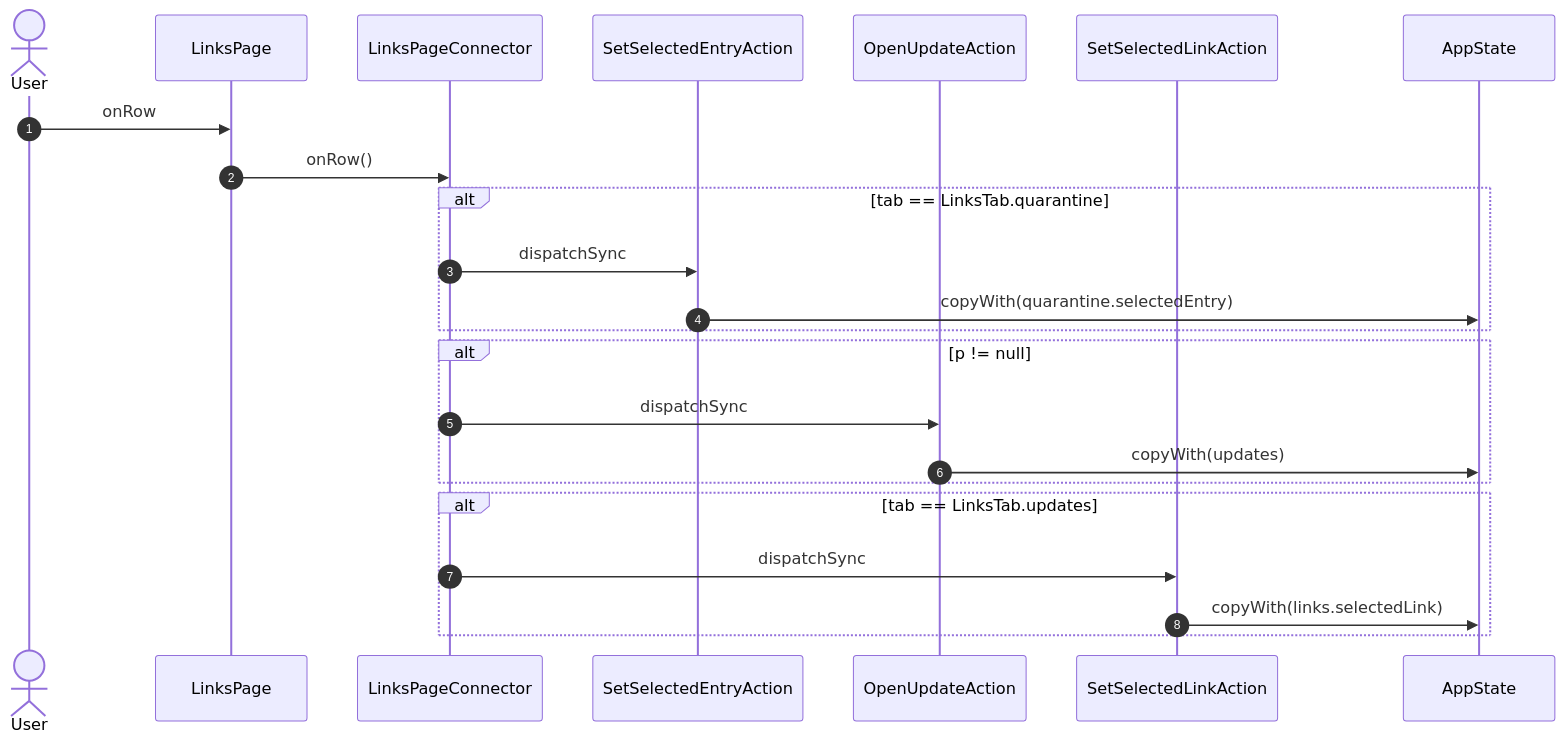
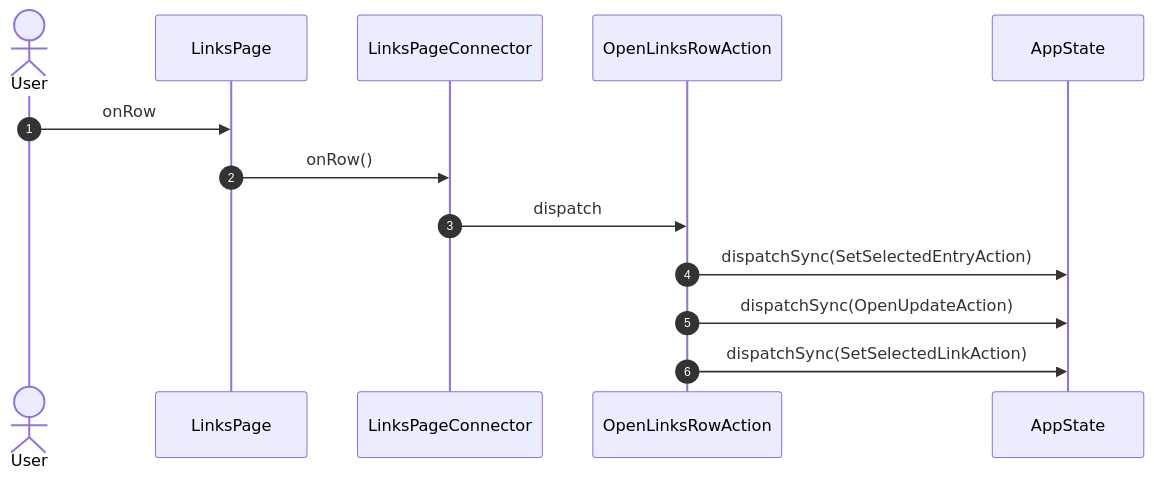
The sixth of 21 diagrams in studio/docs/flows/links.md (gencto/wyrm), drawn with Mermaid before and after one commit. The commit also changed other lines of this file and 65 other files, not shown here.

````diff
--- a/studio/docs/flows/links.md
+++ b/studio/docs/flows/links.md
@@ -140,26 +95,16 @@
 ```mermaid
 sequenceDiagram
     autonumber
     actor User
     participant UI as LinksPage
     participant VM as LinksPageConnector
-    participant A1 as SetSelectedEntryAction
-    participant A2 as OpenUpdateAction
-    participant A3 as SetSelectedLinkAction
+    participant A1 as OpenLinksRowAction
     participant ST as AppState
 
     User->>UI: onRow
     UI->>VM: onRow()
-    alt tab == LinksTab.quarantine
-        VM->>A1: dispatchSync
-        A1->>ST: copyWith(quarantine.selectedEntry)
-    end
-    alt p != null
-        VM->>A2: dispatchSync
-        A2->>ST: copyWith(updates)
-    end
-    alt tab == LinksTab.updates
-        VM->>A3: dispatchSync
-        A3->>ST: copyWith(links.selectedLink)
-    end
+    VM->>A1: dispatch
+    A1->>ST: dispatchSync(SetSelectedEntryAction)
+    A1->>ST: dispatchSync(OpenUpdateAction)
+    A1->>ST: dispatchSync(SetSelectedLinkAction)
 ```
````
